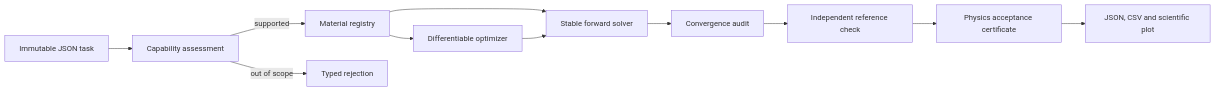
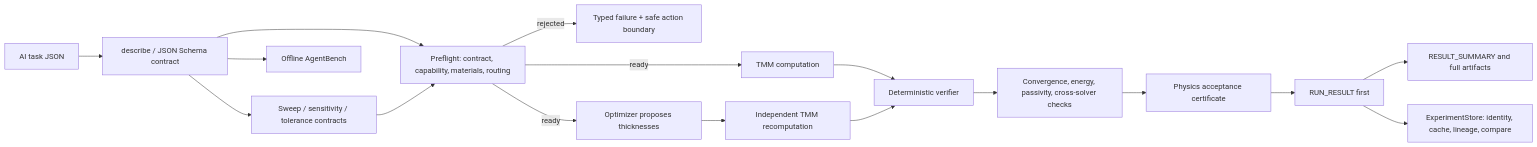
The diagram in docs/ARCHITECTURE.md (Lihonggang-scnu/VeriTMM), drawn with Mermaid before and after one commit. The commit also changed other lines of this file and 185 other files, not shown here.

Commit message:
Release VeriTMM v0.5.0 agent-native experimentation suite

````diff
--- a/docs/ARCHITECTURE.md
+++ b/docs/ARCHITECTURE.md
@@ -3,13 +9,19 @@
 ```mermaid
 flowchart LR
-    A[Immutable JSON task] --> B[Capability assessment]
-    B -->|supported| C[Material registry]
-    B -->|out of scope| X[Typed rejection]
-    C --> D[Stable forward solver]
-    C --> O[Differentiable optimizer]
-    O --> D
-    D --> E[Convergence audit]
-    E --> F[Independent reference check]
+    A[AI task JSON] --> B[describe / JSON Schema contract]
+    B --> C[Preflight: contract, capability, materials, routing]
+    C -->|rejected| X[Typed failure + safe action boundary]
+    C -->|ready| D[TMM computation]
+    C -->|ready| O[Optimizer proposes thicknesses]
+    O --> R[Independent TMM recomputation]
+    D --> E[Deterministic verifier]
+    R --> E
+    E --> F[Convergence, energy, passivity, cross-solver checks]
     F --> G[Physics acceptance certificate]
-    G --> H[JSON, CSV and scientific plot]
+    G --> H[RUN_RESULT first]
+    H --> I[RESULT_SUMMARY and full artifacts]
+    H --> J[ExperimentStore: identity, cache, lineage, compare]
+    B --> K[Sweep / sensitivity / tolerance contracts]
+    K --> C
+    B --> L[Offline AgentBench]
 ```
````
